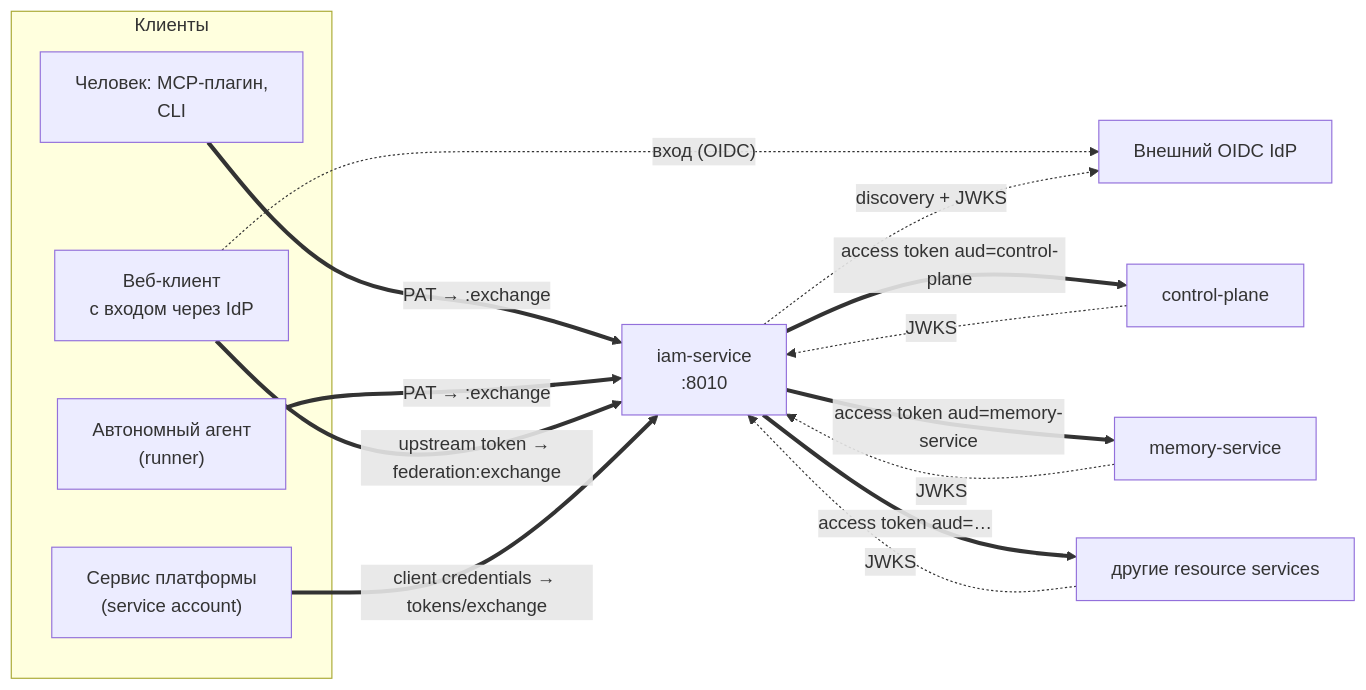
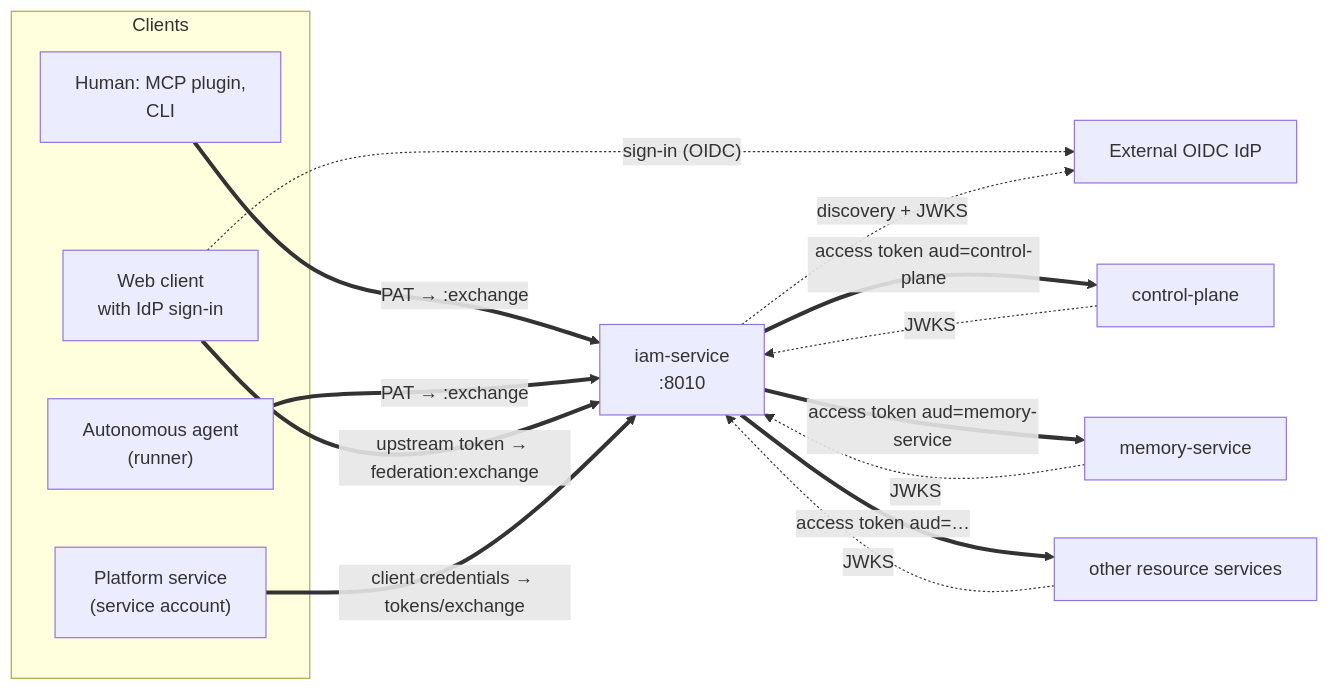
One commit to monthu56/taimen changed the first of 2 diagrams in guide/docs/iam/index.md. Above: the diagram before and after it, drawn with Mermaid. The commit also changed other lines of this file and 183 other files, not shown here.

````diff
--- a/guide/docs/iam/index.md
+++ b/guide/docs/iam/index.md
@@ -46,28 +49,28 @@
 ```mermaid
 flowchart LR
-    subgraph clients["Клиенты"]
-        H["Человек: MCP-плагин,<br/>CLI"]
-        A["Автономный агент<br/>(runner)"]
-        B["Веб-клиент<br/>с входом через IdP"]
-        S["Сервис платформы<br/>(service account)"]
+    subgraph clients["Clients"]
+        H["Human: MCP plugin,<br/>CLI"]
+        A["Autonomous agent<br/>(runner)"]
+        B["Web client<br/>with IdP sign-in"]
+        S["Platform service<br/>(service account)"]
     end
-    KC["Внешний OIDC IdP"]
+    KC["External OIDC IdP"]
     IAM["iam-service<br/>:8010"]
     CP["control-plane"]
     MEM["memory-service"]
-    OTH["другие resource services"]
+    OTH["other resource services"]
 
     H == "PAT → :exchange" ==> IAM
     A == "PAT → :exchange" ==> IAM
     B == "upstream token → federation:exchange" ==> IAM
     S == "client credentials → tokens/exchange" ==> IAM
-    B -. "вход (OIDC)" .-> KC
+    B -. "sign-in (OIDC)" .-> KC
     IAM -. "discovery + JWKS" .-> KC
 
     IAM == "access token aud=control-plane" ==> CP
     IAM == "access token aud=memory-service" ==> MEM
     IAM == "access token aud=…" ==> OTH
     CP -. "JWKS" .-> IAM
     MEM -. "JWKS" .-> IAM
     OTH -. "JWKS" .-> IAM
 ```
````
